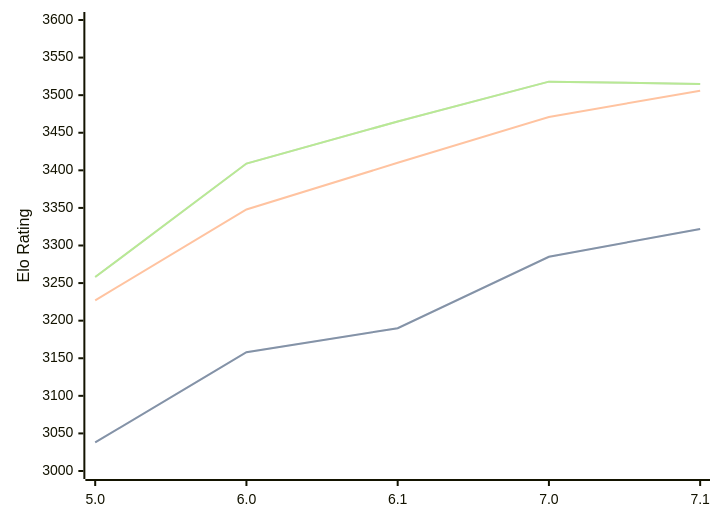
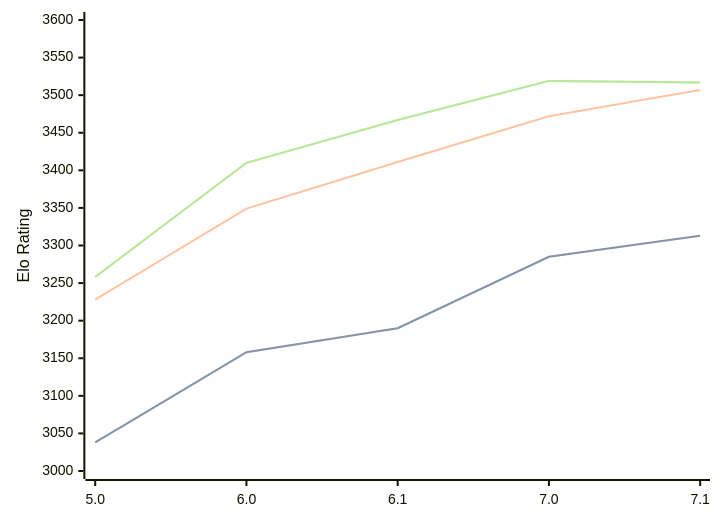
The third of 3 diagrams in engines/PZChessBot.md (computer-chess-index/cci), drawn with Mermaid before and after one commit. The commit also changed other lines of this file, not shown here.

Commit message:
Update CCI Ratings (ELO VLTC) - 2026-07-12

````diff
--- a/engines/PZChessBot.md
+++ b/engines/PZChessBot.md
@@ -77,11 +77,11 @@
 ```mermaid
 %%{init: {"theme":"base","themeVariables":{"seriesColors:['#a3a3a3','#222221','#faa371']}}}%%
 xychart-beta
   x-axis ["5.0", "6.0", "6.1", "7.0", "7.1"]
   y-axis "Elo Rating" 3000 --> 3600
-  line "STC (8.0+0.08s)" [3038, 3158, 3190, 3285, 3322]
-  line "STC (8.0+0.08s)" [3038, 3158, 3190, 3285, 3322]
-  line "LTC (60.0+0.60s)" [3227, 3348, 3410, 3471, 3506]
-  line "VLTC (2m24s+1.12s)" [3258, 3409, 3465, 3518, 3515]
-  line "VLTC (2m24s+1.12s)" [3258, 3409, 3465, 3518, 3515]
+  line "STC (8.0+0.08s)" [3038, 3158, 3190, 3285, 3313]
+  line "STC (8.0+0.08s)" [3038, 3158, 3190, 3285, 3313]
+  line "LTC (60.0+0.60s)" [3228, 3349, 3411, 3472, 3507]
+  line "VLTC (2m24s+1.12s)" [3258, 3410, 3467, 3519, 3517]
+  line "VLTC (2m24s+1.12s)" [3258, 3410, 3467, 3519, 3517]
 ```
````
